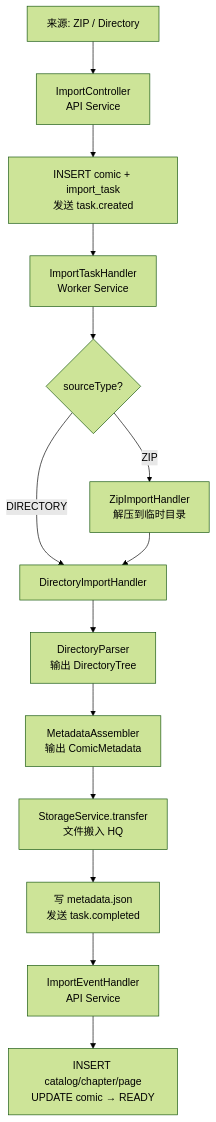
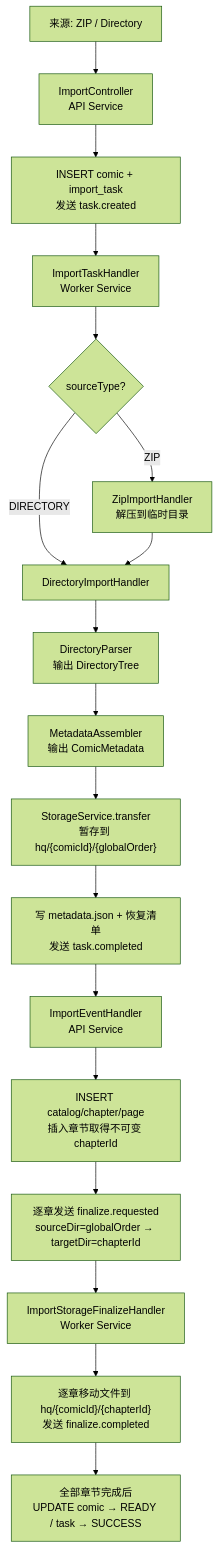
One commit to nian0122/ComicAtlas changed the diagram in docs/architecture/01-system-overview.md. Above: the diagram before and after it, drawn with Mermaid (forest theme). The commit also changed other lines of this file and 10 other files, not shown here.

Commit message:
docs(import): 澄清 globalOrder 到 chapterId 最终化流程

````diff
--- a/docs/architecture/01-system-overview.md
+++ b/docs/architecture/01-system-overview.md
@@ -111,16 +122,20 @@
 ```mermaid
 flowchart TD
     A[来源: ZIP / Directory] --> B[ImportController<br/>API Service]
     B --> C["INSERT comic + import_task<br/>发送 task.created"]
     C --> D[ImportTaskHandler<br/>Worker Service]
     D --> E{sourceType?}
     E -->|ZIP| F[ZipImportHandler<br/>解压到临时目录]
     E -->|DIRECTORY| G[DirectoryImportHandler]
     F --> G
     G --> H[DirectoryParser<br/>输出 DirectoryTree]
     H --> I[MetadataAssembler<br/>输出 ComicMetadata]
-    I --> J["StorageService.transfer<br/>文件搬入 HQ"]
-    J --> K["写 metadata.json<br/>发送 task.completed"]
+    I --> J["StorageService.transfer<br/>暂存到 hq/{comicId}/{globalOrder}"]
+    J --> K["写 metadata.json + 恢复清单<br/>发送 task.completed"]
     K --> L[ImportEventHandler<br/>API Service]
-    L --> M["INSERT catalog/chapter/page<br/>UPDATE comic → READY"]
+    L --> M["INSERT catalog/chapter/page<br/>插入章节取得不可变 chapterId"]
+    M --> N["逐章发送 finalize.requested<br/>sourceDir=globalOrder → targetDir=chapterId"]
+    N --> O[ImportStorageFinalizeHandler<br/>Worker Service]
+    O --> P["逐章移动文件到 hq/{comicId}/{chapterId}<br/>发送 finalize.completed"]
+    P --> Q["全部章节完成后<br/>UPDATE comic → READY / task → SUCCESS"]
 ```
````
